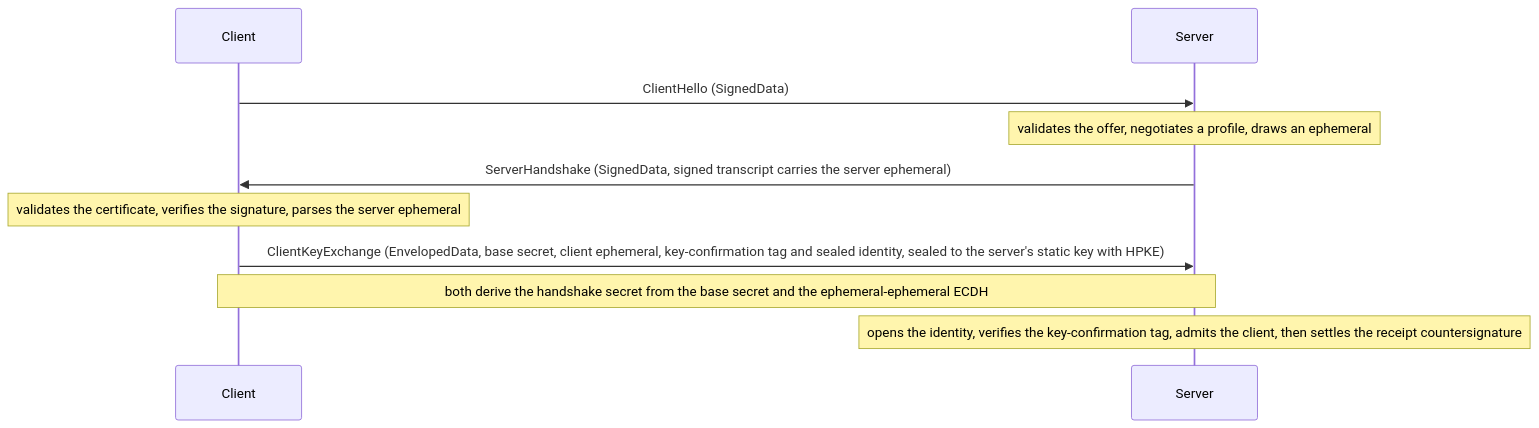
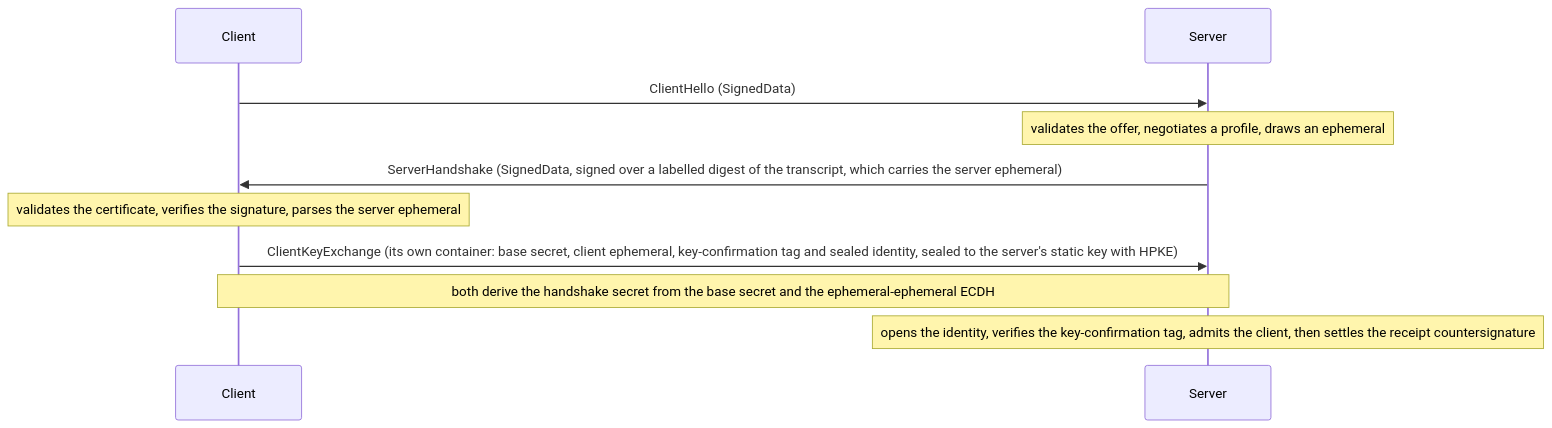
One commit to wahidgroup/tightbeam changed the second of 6 diagrams in docs/handshake.md. Above: the diagram before and after it, drawn with Mermaid. The commit also changed other lines of this file and 18 other files, not shown here.

````diff
--- a/docs/handshake.md
+++ b/docs/handshake.md
@@ -105,12 +108,12 @@
 ```mermaid
 sequenceDiagram
     participant C as Client
     participant S as Server
     C->>S: ClientHello (SignedData)
     Note over S: validates the offer, negotiates a profile, draws an ephemeral
-    S->>C: ServerHandshake (SignedData, signed transcript carries the server ephemeral)
+    S->>C: ServerHandshake (SignedData, signed over a labelled digest of the transcript, which carries the server ephemeral)
     Note over C: validates the certificate, verifies the signature, parses the server ephemeral
-    C->>S: ClientKeyExchange (EnvelopedData, base secret, client ephemeral, key-confirmation tag and sealed identity, sealed to the server's static key with HPKE)
+    C->>S: ClientKeyExchange (its own container: base secret, client ephemeral, key-confirmation tag and sealed identity, sealed to the server's static key with HPKE)
     Note over C,S: both derive the handshake secret from the base secret and the ephemeral-ephemeral ECDH
     Note over S: opens the identity, verifies the key-confirmation tag, admits the client, then settles the receipt countersignature
 ```
````
